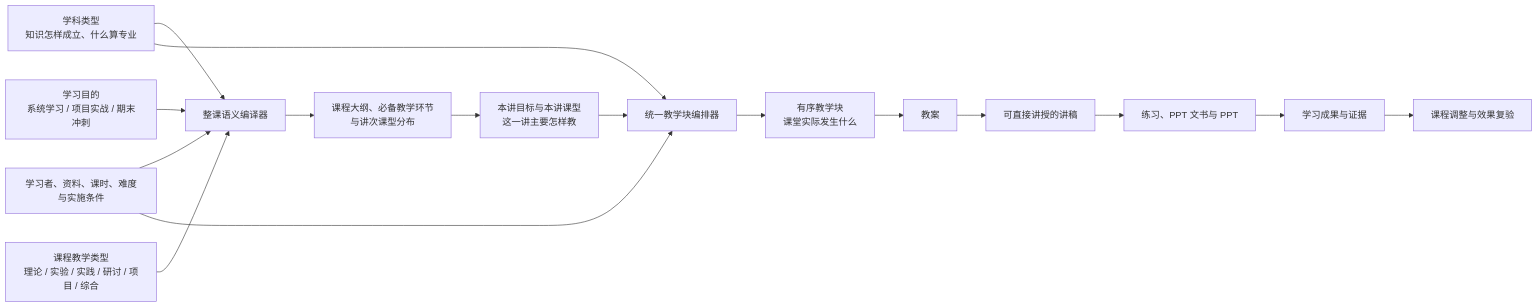
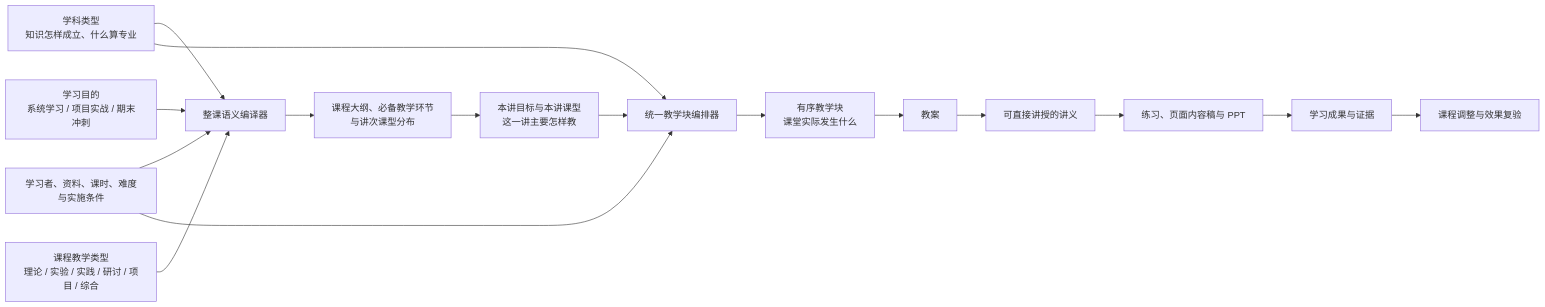
The second of 3 diagrams in docs/产品蓝图.md (elgoog577215-beep/hackthon), drawn with Mermaid before and after one commit. The commit also changed other lines of this file and 57 other files, not shown here.

````diff
--- a/docs/产品蓝图.md
+++ b/docs/产品蓝图.md
@@ -50,18 +50,18 @@
 ```mermaid
 flowchart LR
     A["学习目的<br/>系统学习 / 项目实战 / 期末冲刺"] --> E["整课语义编译器"]
     B["学科类型<br/>知识怎样成立、什么算专业"] --> E
     C["课程教学类型<br/>理论 / 实验 / 实践 / 研讨 / 项目 / 综合"] --> E
     D["学习者、资料、课时、难度与实施条件"] --> E
     E --> F["课程大纲、必备教学环节<br/>与讲次课型分布"]
     F --> G["本讲目标与本讲课型<br/>这一讲主要怎样教"]
     B --> H["统一教学块编排器"]
     D --> H
     G --> H
     H --> I["有序教学块<br/>课堂实际发生什么"]
     I --> J["教案"]
-    J --> K["可直接讲授的讲稿"]
-    K --> L["练习、PPT 文书与 PPT"]
+    J --> K["可直接讲授的讲义"]
+    K --> L["练习、页面内容稿与 PPT"]
     L --> M["学习成果与证据"]
     M --> N["课程调整与效果复验"]
 ```
````
